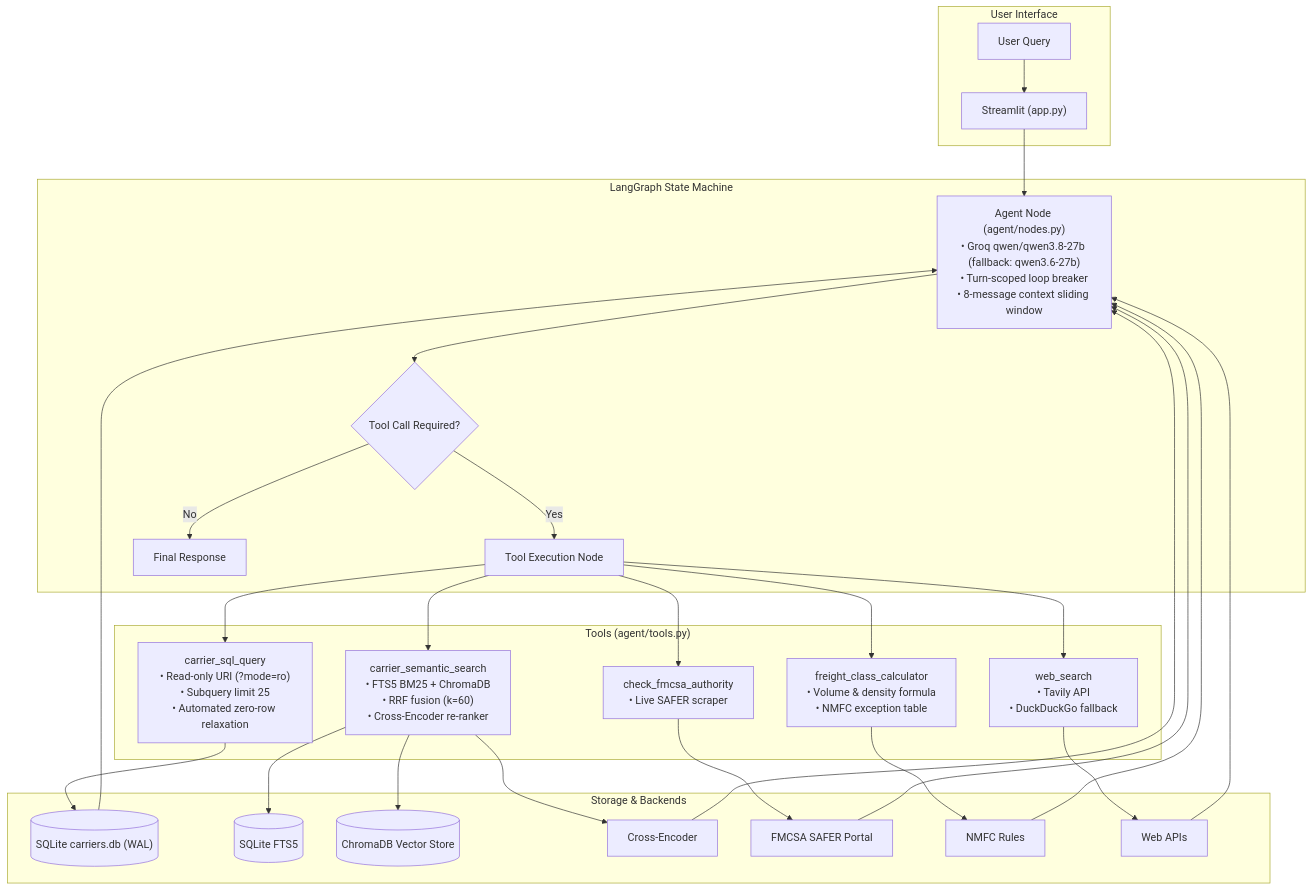
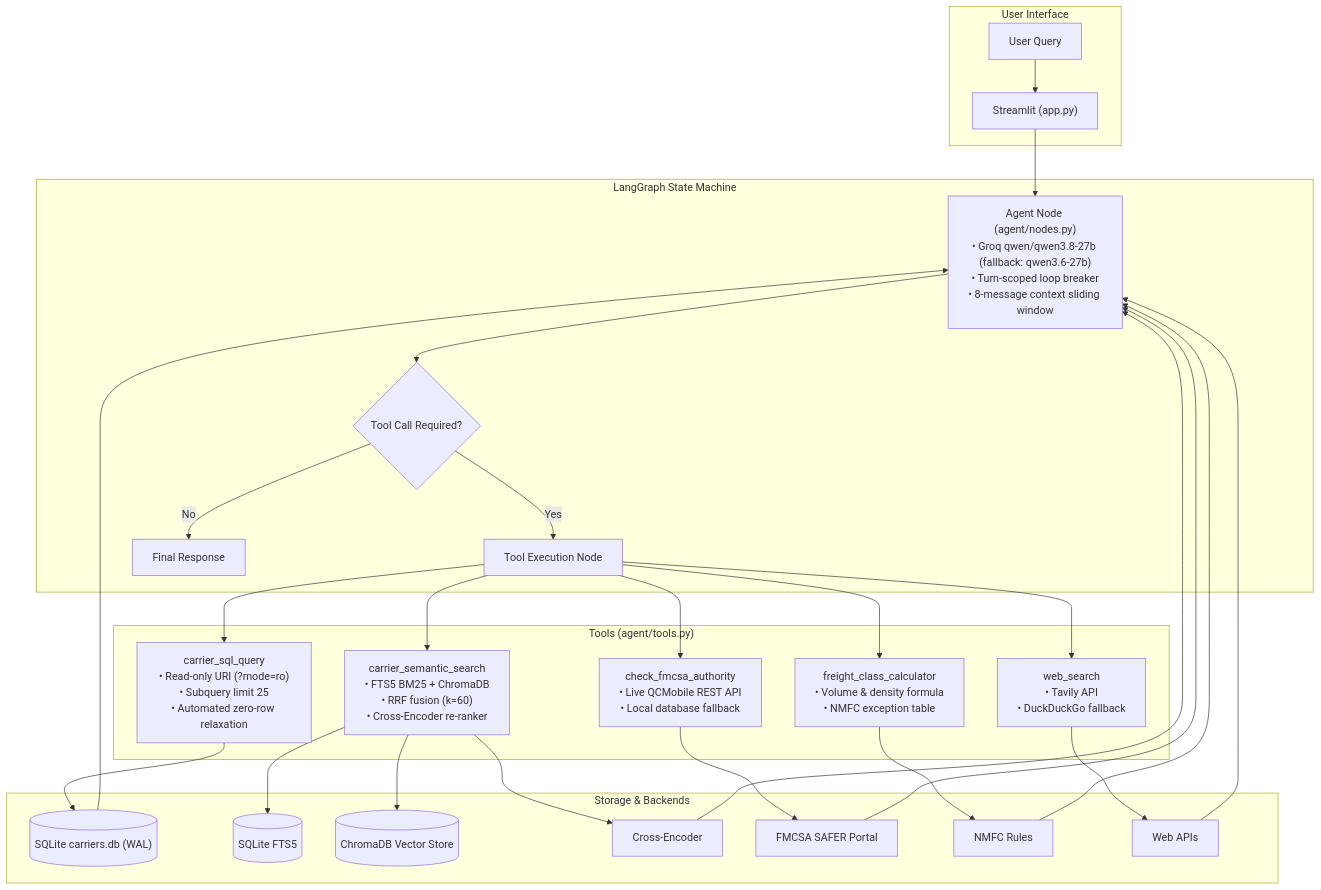
Before and after one commit to yyouretoast/freightiq: the diagram in README.md, drawn with Mermaid. The commit also changed other lines of this file and 10 other files, not shown here.

````diff
--- a/README.md
+++ b/README.md
@@ -66,51 +66,52 @@
 ```mermaid
 flowchart TD
     subgraph UI ["User Interface"]
         User["User Query"] --> Streamlit["Streamlit (app.py)"]
     end
 
     subgraph Orchestrator ["LangGraph State Machine"]
         Streamlit --> Agent["Agent Node (agent/nodes.py)
 • Groq qwen/qwen3.8-27b (fallback: qwen3.6-27b)
 • Turn-scoped loop breaker
 • 8-message context sliding window"]
         Agent --> Router{"Tool Call Required?"}
         Router -- "Yes" --> ToolNode["Tool Execution Node"]
         Router -- "No" --> Output["Final Response"]
     end
 
     subgraph Tools ["Tools (agent/tools.py)"]
         ToolNode --> T1["carrier_sql_query
 • Read-only URI (?mode=ro)
 • Subquery limit 25
 • Automated zero-row relaxation"]
         ToolNode --> T2["carrier_semantic_search
 • FTS5 BM25 + ChromaDB
 • RRF fusion (k=60)
 • Cross-Encoder re-ranker"]
         ToolNode --> T3["check_fmcsa_authority
-• Live SAFER scraper"]
+• Live QCMobile REST API
+• Local database fallback"]
         ToolNode --> T4["freight_class_calculator
 • Volume & density formula
 • NMFC exception table"]
         ToolNode --> T5["web_search
 • Tavily API
 • DuckDuckGo fallback"]
     end
 
     subgraph Data ["Storage & Backends"]
         T1 --> DB[("SQLite carriers.db (WAL)")]
         T2 --> FTS[("SQLite FTS5")]
         T2 --> Chroma[("ChromaDB Vector Store")]
         T2 --> CrossEnc["Cross-Encoder"]
         T3 --> SAFER["FMCSA SAFER Portal"]
         T4 --> Tables["NMFC Rules"]
         T5 --> Web["Web APIs"]
     end
 
     DB --> Agent
     CrossEnc --> Agent
     SAFER --> Agent
     Tables --> Agent
     Web --> Agent
 ```
````
